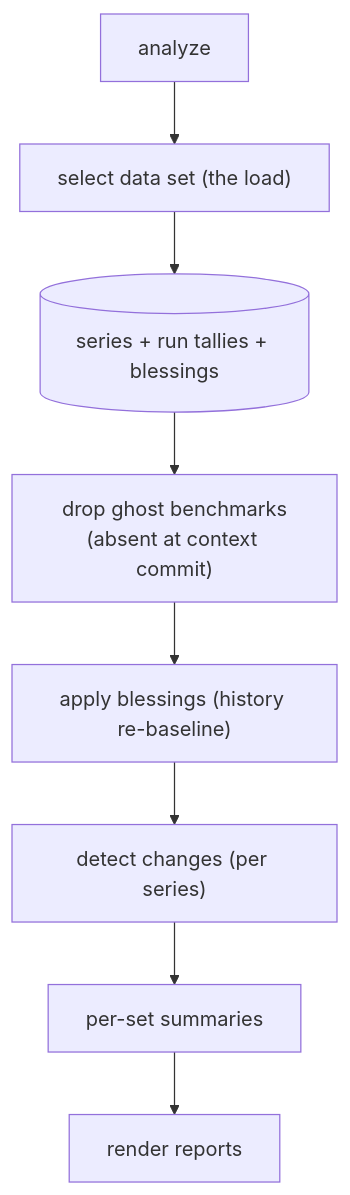
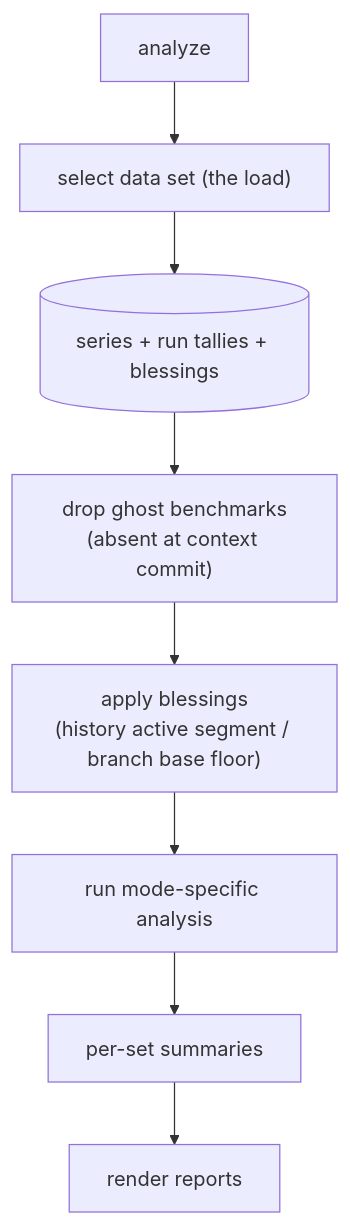
Before and after one commit to folo-rs/folo: the first of 4 diagrams in packages/cargo-bench-history/docs/analyze.md, drawn with Mermaid. The commit also changed other lines of this file and 68 other files, not shown here.

First line of the commit message:
cargo-bench-history: make branch analysis honest (#495)

````diff
--- a/packages/cargo-bench-history/docs/analyze.md
+++ b/packages/cargo-bench-history/docs/analyze.md
@@ -26,10 +26,10 @@
 ```mermaid
 flowchart TD
   EXEC["analyze"] --> SD["select data set (the load)"]
   SD --> DS[("series + run tallies + blessings")]
   DS --> GF["drop ghost benchmarks\n(absent at context commit)"]
-  GF --> AB["apply blessings (history re-baseline)"]
-  AB --> FC["detect changes (per series)"]
+  GF --> AB["apply blessings\n(history active segment / branch base floor)"]
+  AB --> FC["run mode-specific analysis"]
   FC --> SUM["per-set summaries"]
   SUM --> RENDER["render reports"]
 ```
````
